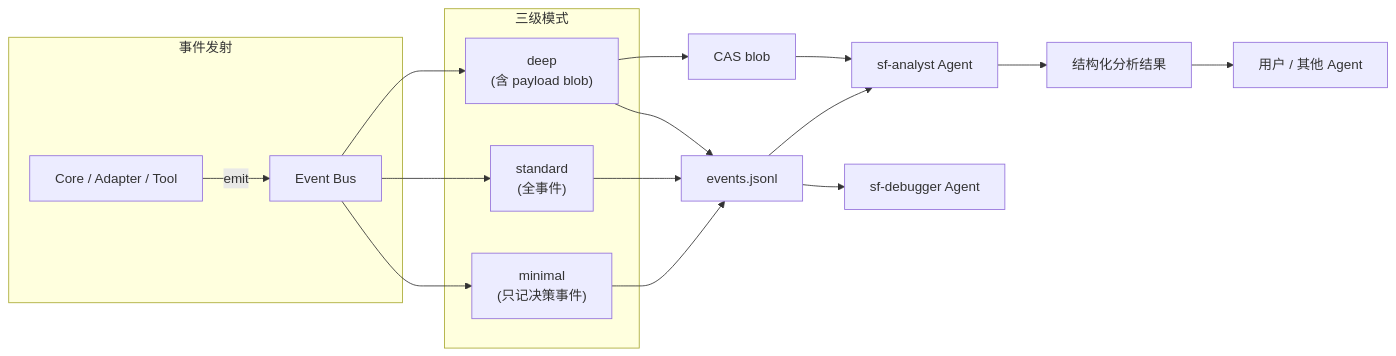
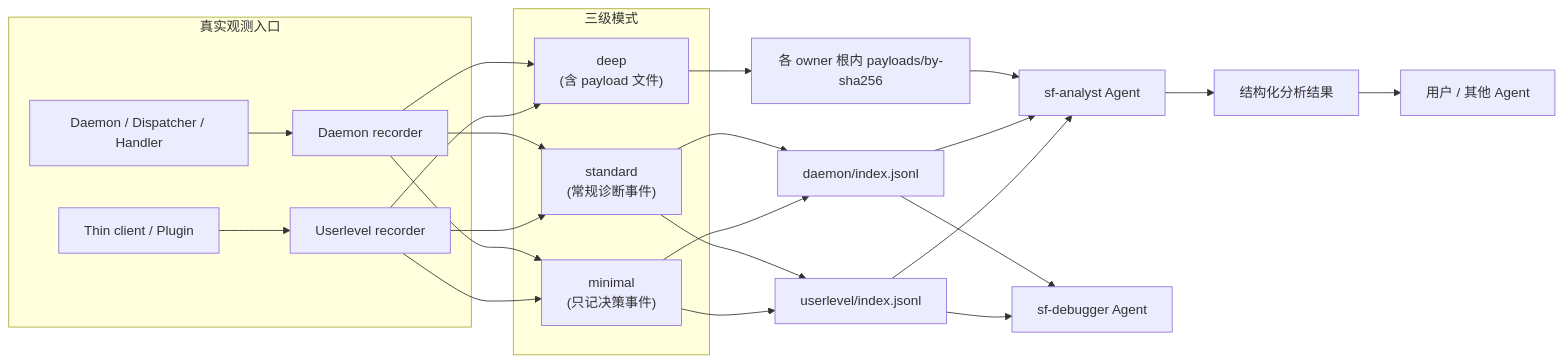
The seventh of 8 diagrams in .kiro/specs/v6-architecture-overview/design.md (lyqstart/SpecForge), drawn with Mermaid before and after one commit. The commit also changed other lines of this file and 49 other files, not shown here.

````diff
--- a/.kiro/specs/v6-architecture-overview/design.md
+++ b/.kiro/specs/v6-architecture-overview/design.md
@@ -388,23 +385,30 @@
 ```mermaid
 flowchart LR
-  subgraph Emission["事件发射"]
-    Core2[Core / Adapter / Tool] -->|emit| EB[Event Bus]
+  subgraph Emission["真实观测入口"]
+    TP2[Thin client / Plugin] --> UREC[Userlevel recorder]
+    Core2[Daemon / Dispatcher / Handler] --> DREC[Daemon recorder]
   end
 
   subgraph ModeSwitch["三级模式"]
-    EB --> M1["minimal<br/>(只记决策事件)"]
-    EB --> M2["standard<br/>(全事件)"]
-    EB --> M3["deep<br/>(含 payload blob)"]
+    UREC --> M1["minimal<br/>(只记决策事件)"]
+    DREC --> M1
+    UREC --> M2["standard<br/>(常规诊断事件)"]
+    DREC --> M2
+    UREC --> M3["deep<br/>(含 payload 文件)"]
+    DREC --> M3
   end
 
-  M1 --> W[events.jsonl]
-  M2 --> W
-  M3 --> W
-  M3 --> C[CAS blob]
+  M1 --> U["userlevel/index.jsonl"]
+  M1 --> D["daemon/index.jsonl"]
+  M2 --> U
+  M2 --> D
+  M3 --> P["各 owner 根内 payloads/by-sha256"]
 
-  W --> Analyst["sf-analyst Agent"]
-  W --> Debugger["sf-debugger Agent"]
-  C --> Analyst
+  U --> Analyst["sf-analyst Agent"]
+  D --> Analyst
+  U --> Debugger["sf-debugger Agent"]
+  D --> Debugger
+  P --> Analyst
   Analyst --> Report["结构化分析结果"]
   Report --> User[用户 / 其他 Agent]
 ```
````
